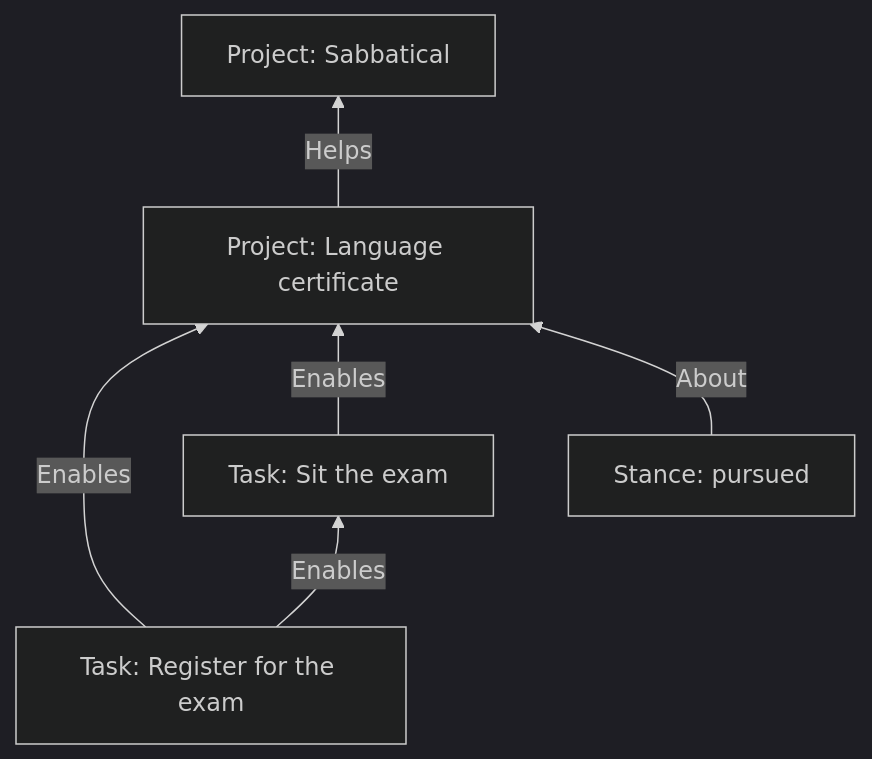
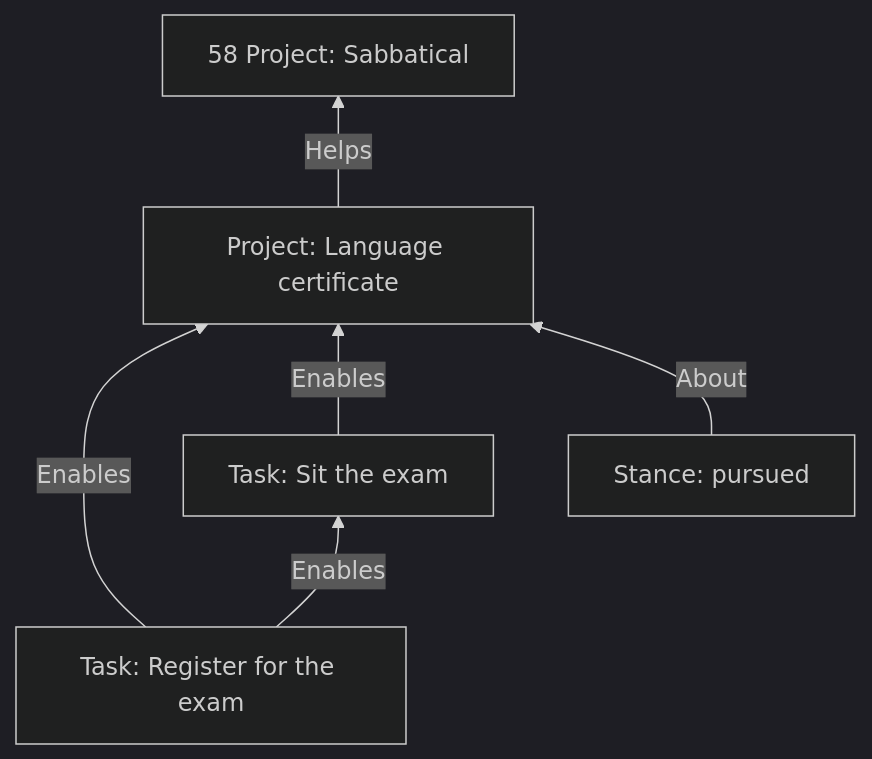
One commit to RezaOnGithub/lifecore changed the ninth of 12 diagrams in docs/PLANNING-EXPLAINER.md. Above: the diagram before and after it, drawn with Mermaid (dark theme). The commit also changed other lines of this file and 1 other file, not shown here.

````diff
--- a/docs/PLANNING-EXPLAINER.md
+++ b/docs/PLANNING-EXPLAINER.md
@@ -341,8 +907,8 @@
 ```mermaid
 flowchart BT
-    Q["Project: Language certificate"] -- Helps --> P["Project: Sabbatical"]
+    Q["Project: Language certificate"] -- Helps --> P["58 Project: Sabbatical"]
     Q1["Task: Register for the exam"] -- Enables --> Q
     Q2["Task: Sit the exam"] -- Enables --> Q
     Q1 -- Enables --> Q2
     S2["Stance: pursued"] -- About --> Q
 ```
````
